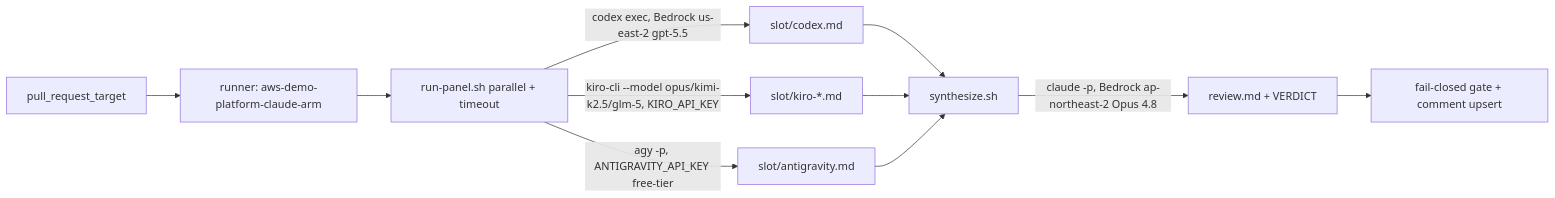
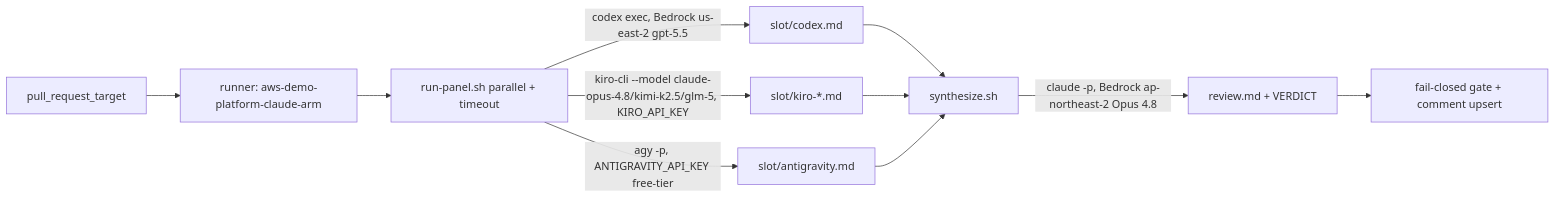
The diagram in docs/decisions/ADR-007-multi-ai-pr-review-panel.md (Atom-oh/AWS-Demo-Platform), drawn with Mermaid before and after one commit. The commit also changed other lines of this file and 4 other files, not shown here.

First line of the commit message:
fix(pr-review): codex --skip-git-repo-check + kiro opus model id (claude-opus-4.8)

````diff
--- a/docs/decisions/ADR-007-multi-ai-pr-review-panel.md
+++ b/docs/decisions/ADR-007-multi-ai-pr-review-panel.md
@@ -25,13 +25,13 @@
 ```mermaid
 flowchart LR
   PR[pull_request_target] --> RUN[runner: aws-demo-platform-claude-arm]
   RUN --> P[run-panel.sh parallel + timeout]
   P -->|codex exec, Bedrock us-east-2 gpt-5.5| C[slot/codex.md]
-  P -->|kiro-cli --model opus/kimi-k2.5/glm-5, KIRO_API_KEY| K[slot/kiro-*.md]
+  P -->|kiro-cli --model claude-opus-4.8/kimi-k2.5/glm-5, KIRO_API_KEY| K[slot/kiro-*.md]
   P -->|agy -p, ANTIGRAVITY_API_KEY free-tier| A[slot/antigravity.md]
   C --> S[synthesize.sh]
   K --> S
   A --> S
   S -->|claude -p, Bedrock ap-northeast-2 Opus 4.8| R[review.md + VERDICT]
   R --> G[fail-closed gate + comment upsert]
 ```
````
